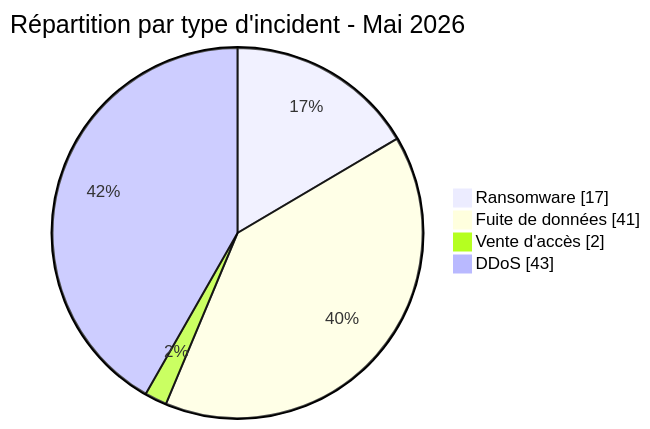
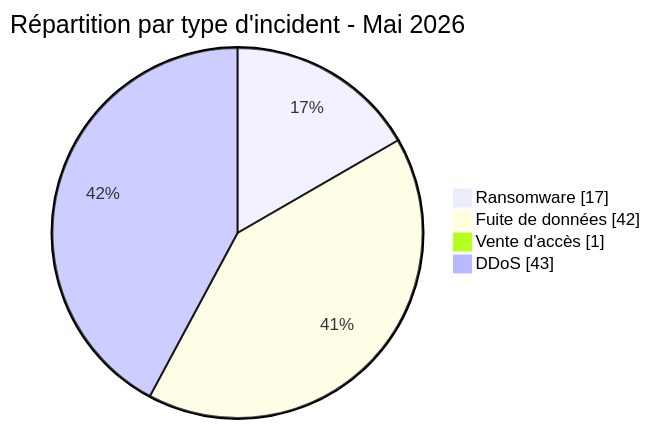
The fourth of 9 diagrams in CyberAttackAfrica/2026/05-may/README_FR.md (Hatchepsoute/AFRINTEL), drawn with Mermaid before and after one commit. The commit also changed other lines of this file and 10 other files, not shown here.

````diff
--- a/CyberAttackAfrica/2026/05-may/README_FR.md
+++ b/CyberAttackAfrica/2026/05-may/README_FR.md
@@ -205,8 +205,8 @@
 ```mermaid
 pie showData
  title Répartition par type d'incident - Mai 2026
  "Ransomware" : 17
- "Fuite de données" : 41
- "Vente d'accès" : 2
+ "Fuite de données" : 42
+ "Vente d'accès" : 1
  "DDoS" : 43
 ```
````
